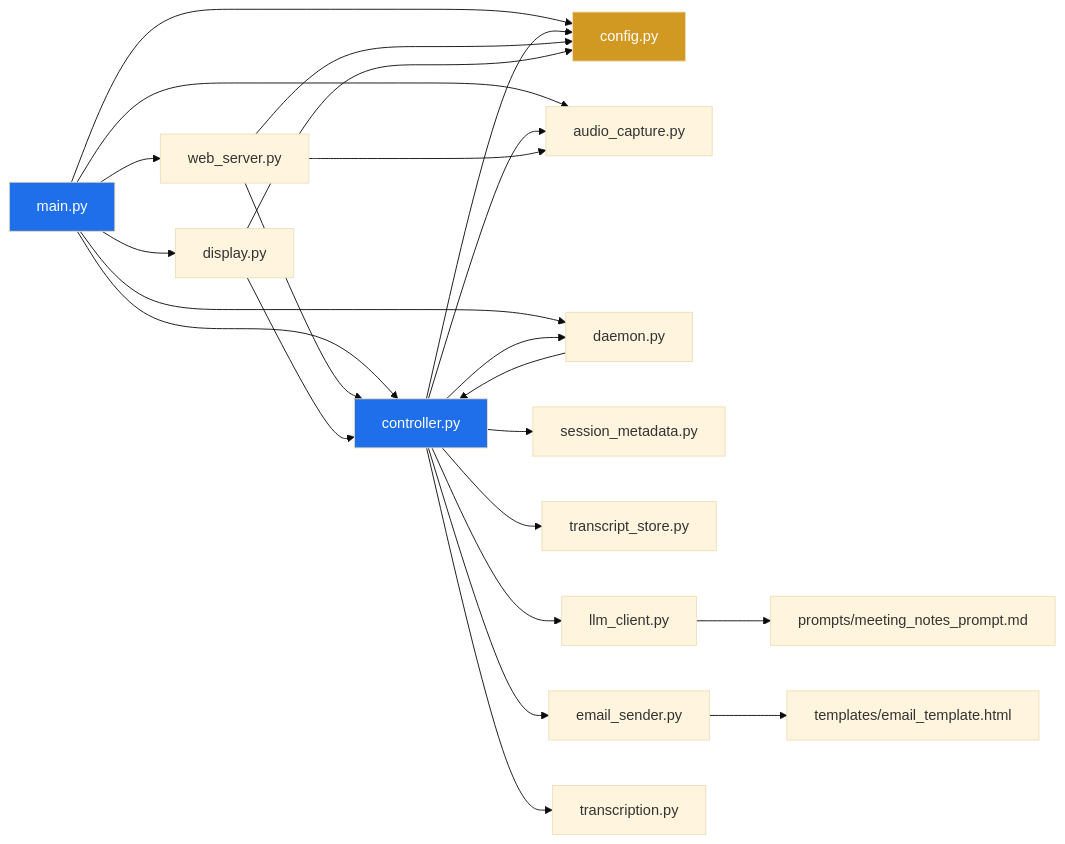
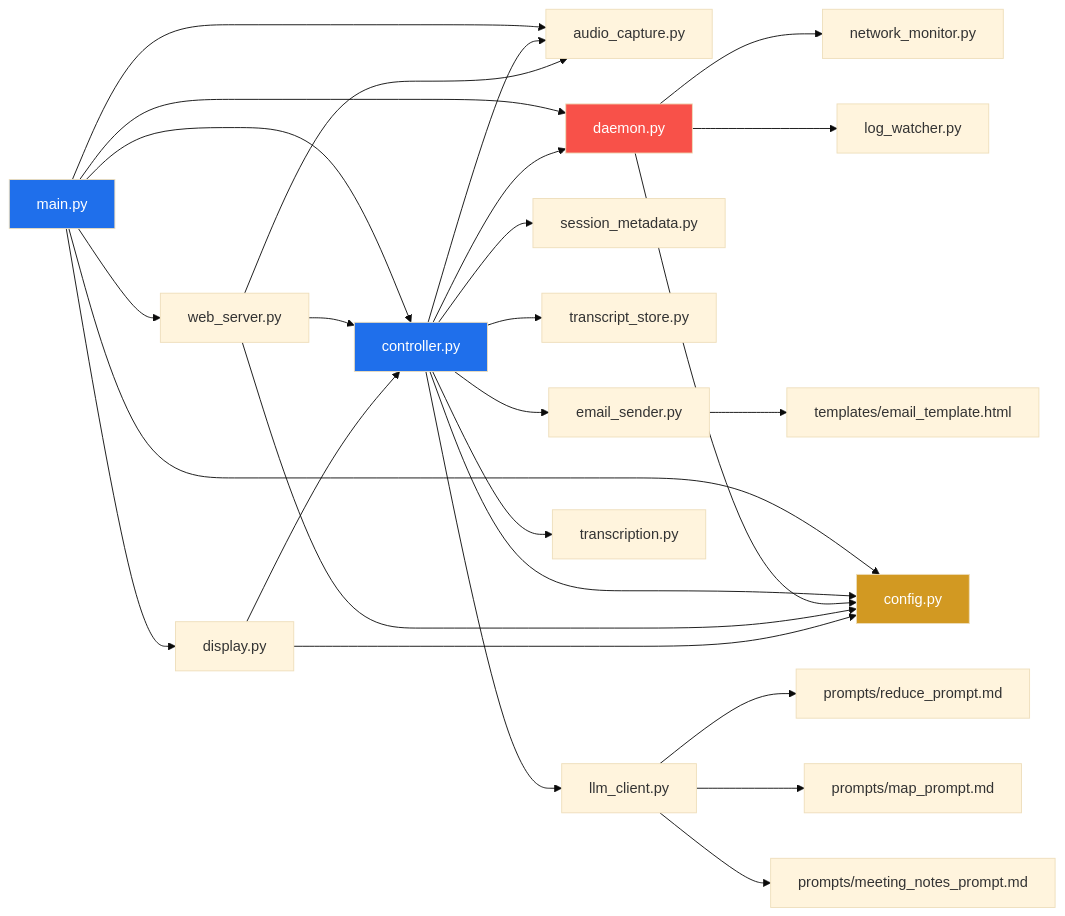
Before and after one commit to vachaspativ/NoteFlow: the second of 13 diagrams in noteflow_architecture.md, drawn with Mermaid (base theme). The commit also changed other lines of this file, not shown here.

Commit message:
docs: update architecture documentation to include Ranked Signal Waterfall, Map-Reduce AI pipelines, and extended daemon monitoring modules.

````diff
--- a/noteflow_architecture.md
+++ b/noteflow_architecture.md
@@ -106,35 +109,40 @@
 ```mermaid
 graph LR
     main["main.py"] --> config["config.py"]
     main --> controller["controller.py"]
     main --> display["display.py"]
     main --> web_server["web_server.py"]
     main --> audio_capture["audio_capture.py"]
     main --> daemon["daemon.py"]
 
     controller --> config
     controller --> session_metadata["session_metadata.py"]
     controller --> transcript_store["transcript_store.py"]
     controller --> llm_client["llm_client.py"]
     controller --> email_sender["email_sender.py"]
     controller --> audio_capture
     controller --> transcription["transcription.py"]
     controller --> daemon
 
+    daemon --> config
+    daemon --> log_watcher["log_watcher.py"]
+    daemon --> network_monitor["network_monitor.py"]
+
     web_server --> controller
     web_server --> config
     web_server --> audio_capture
 
     display --> controller
     display --> config
 
-    daemon --> controller
-
     llm_client --> prompts["prompts/meeting_notes_prompt.md"]
+    llm_client --> map_prompt["prompts/map_prompt.md"]
+    llm_client --> reduce_prompt["prompts/reduce_prompt.md"]
 
     email_sender --> templates["templates/email_template.html"]
 
     style main fill:#1f6feb,color:#fff
     style controller fill:#1f6feb,color:#fff
     style config fill:#d29922,color:#fff
+    style daemon fill:#f85149,color:#fff
 ```
````
